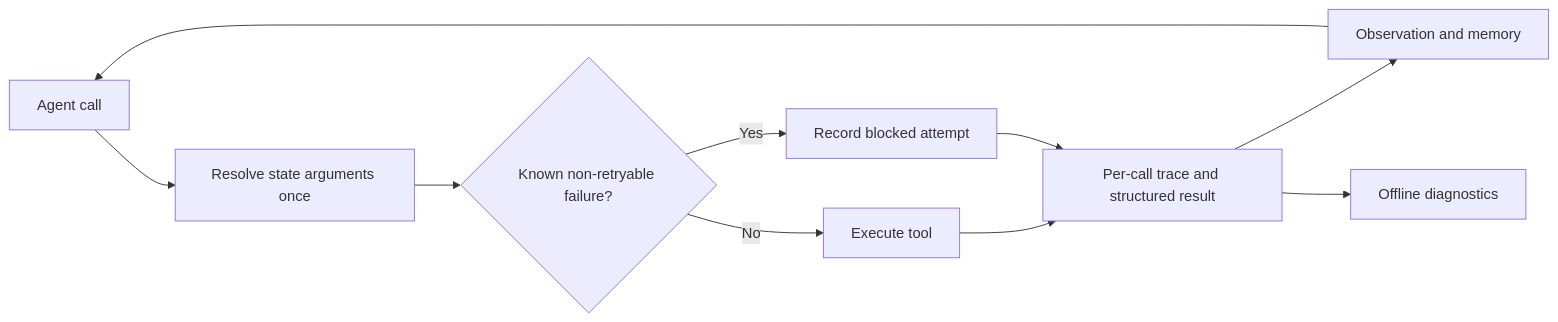
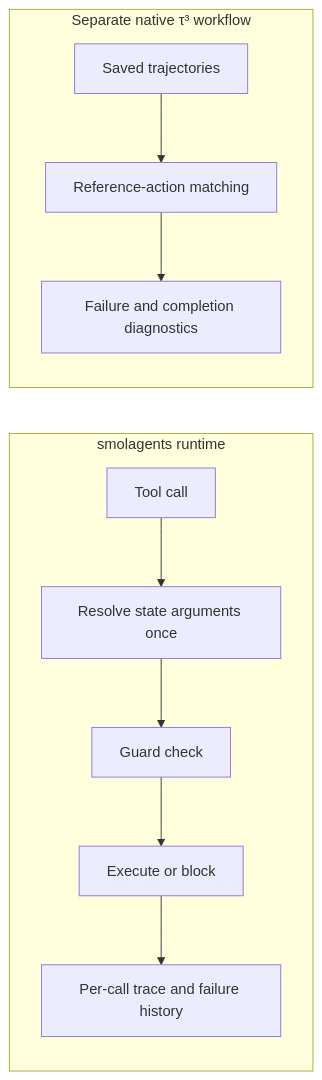
One commit to Kk111777/ReliableToolAgent changed the diagram in README.md. Above: the diagram before and after it, drawn with Mermaid. The commit also changed other lines of this file and 12 other files, not shown here.

````diff
--- a/README.md
+++ b/README.md
@@ -47,12 +35,13 @@
 ```mermaid
 flowchart LR
-    A[Agent call] --> R[Resolve state arguments once]
-    R --> G{Known non-retryable failure?}
-    G -->|No| E[Execute tool]
-    G -->|Yes| B[Record blocked attempt]
-    E --> L[Per-call trace and structured result]
-    B --> L
-    L --> M[Observation and memory]
-    M --> A
-    L --> D[Offline diagnostics]
+    subgraph Runtime[smolagents runtime]
+        A[Tool call] --> B[Resolve state arguments once]
+        B --> C[Guard check]
+        C --> D[Execute or block]
+        D --> E[Per-call trace and failure history]
+    end
+    subgraph Study[Separate native τ³ workflow]
+        F[Saved trajectories] --> G[Reference-action matching]
+        G --> H[Failure and completion diagnostics]
+    end
 ```
````
